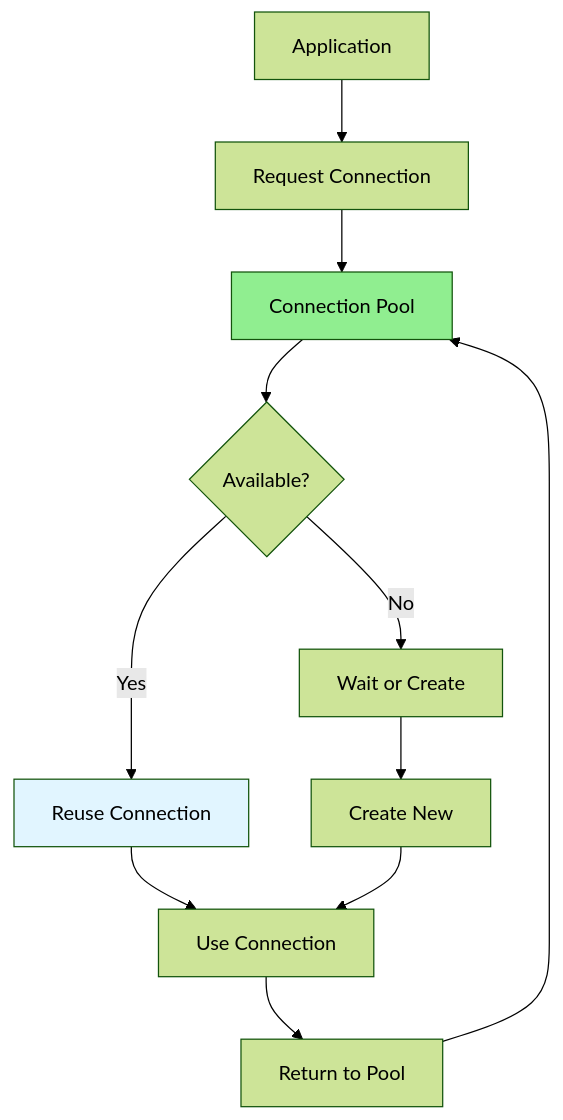
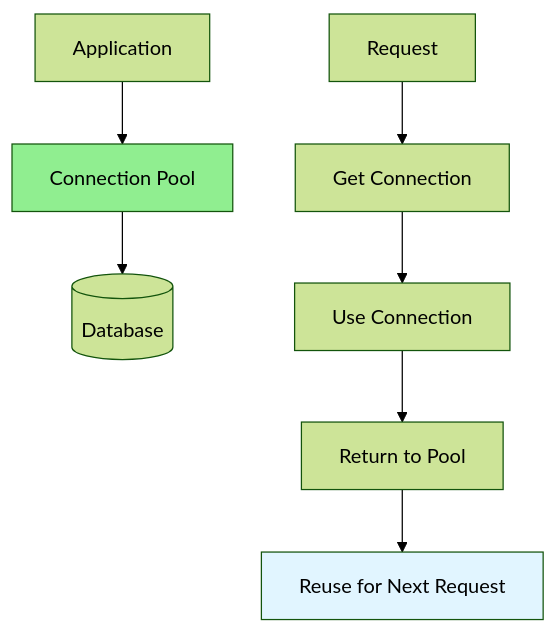
One commit to iouthnamain/tech-note changed the diagram in Full-Stack-Guides/Group-06-Database-Analysis/06.11_Database_Connection_Pooling.md. Above: the diagram before and after it, drawn with Mermaid (forest theme). The commit also changed other lines of this file and 480 other files, not shown here.

````diff
--- a/Full-Stack-Guides/Group-06-Database-Analysis/06.11_Database_Connection_Pooling.md
+++ b/Full-Stack-Guides/Group-06-Database-Analysis/06.11_Database_Connection_Pooling.md
@@ -22,16 +22,13 @@
 ```mermaid
 flowchart TD
-    App[Application] --> Request[Request Connection]
-    Request --> Pool[Connection Pool]
-    Pool --> Available{Available?}
-    Available -->|Yes| Reuse[Reuse Connection]
-    Available -->|No| Wait[Wait or Create]
-    Wait --> Create[Create New]
-    Reuse --> Use[Use Connection]
-    Create --> Use
+    App[Application] --> Pool[Connection Pool]
+    Pool --> DB[(Database)]
+    
+    Request[Request] --> Get[Get Connection]
+    Get --> Use[Use Connection]
     Use --> Return[Return to Pool]
-    Return --> Pool
+    Return --> Reuse[Reuse for Next Request]
     
     style Pool fill:#90EE90
     style Reuse fill:#e1f5ff
 ```
````
